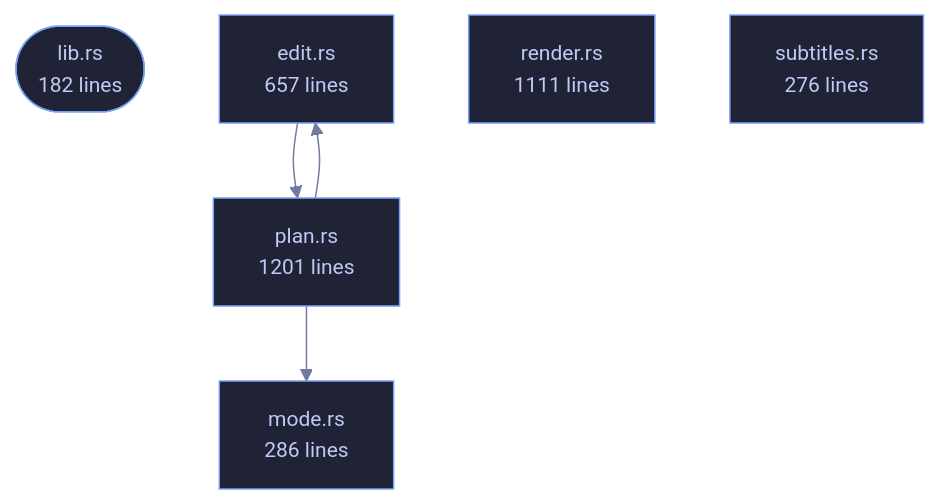
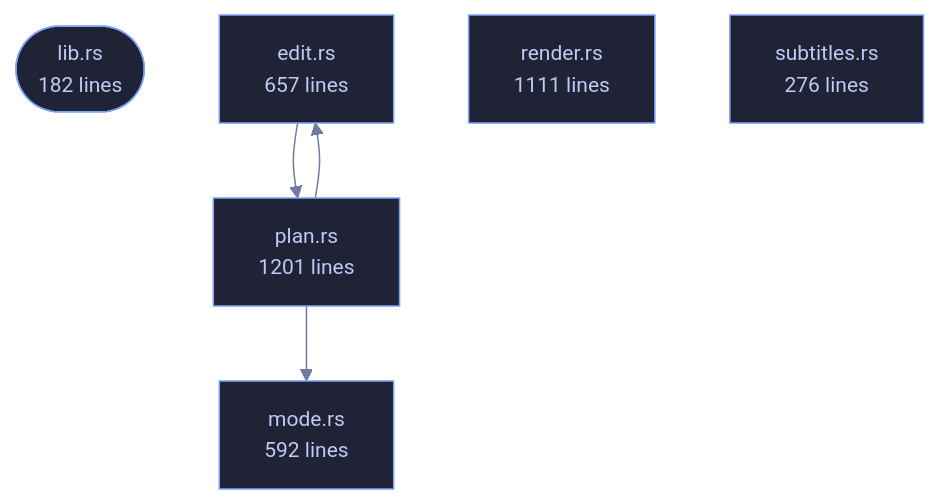
One commit to tilas01/veilvoice changed the diagram in wiki/Crate-veilvoice-conversation.md. Above: the diagram before and after it, drawn with Mermaid. The commit also changed other lines of this file and 30 other files, not shown here.

````diff
--- a/wiki/Crate-veilvoice-conversation.md
+++ b/wiki/Crate-veilvoice-conversation.md
@@ -91,19 +91,19 @@
 ```mermaid
 %%{init: {"theme":"base","themeVariables":{"background":"#1a1b26","primaryColor":"#1f2335","primaryTextColor":"#c0caf5","primaryBorderColor":"#7aa2f7","secondaryColor":"#16161e","tertiaryColor":"#16161e","lineColor":"#737aa2","textColor":"#c0caf5","mainBkg":"#1f2335","nodeBorder":"#7aa2f7","clusterBkg":"#16161e","clusterBorder":"#2f3549","fontFamily":"ui-monospace, SFMono-Regular, Consolas, monospace","fontSize":"14px"}}}%%
 flowchart TD
     n_lib(["lib.rs<br/>182 lines"])
     n_edit["edit.rs<br/>657 lines"]
-    n_mode["mode.rs<br/>286 lines"]
+    n_mode["mode.rs<br/>592 lines"]
     n_plan["plan.rs<br/>1201 lines"]
     n_render["render.rs<br/>1111 lines"]
     n_subtitles["subtitles.rs<br/>276 lines"]
     n_edit --> n_plan
     n_plan --> n_edit
     n_plan --> n_mode
     click n_lib href "https://github.com/tilas01/veilvoice/blob/main/crates/veilvoice-conversation/src/lib.rs" "open the source"
     click n_edit href "https://github.com/tilas01/veilvoice/blob/main/crates/veilvoice-conversation/src/edit.rs" "open the source"
     click n_mode href "https://github.com/tilas01/veilvoice/blob/main/crates/veilvoice-conversation/src/mode.rs" "open the source"
     click n_plan href "https://github.com/tilas01/veilvoice/blob/main/crates/veilvoice-conversation/src/plan.rs" "open the source"
     click n_render href "https://github.com/tilas01/veilvoice/blob/main/crates/veilvoice-conversation/src/render.rs" "open the source"
     click n_subtitles href "https://github.com/tilas01/veilvoice/blob/main/crates/veilvoice-conversation/src/subtitles.rs" "open the source"
 ```
````
